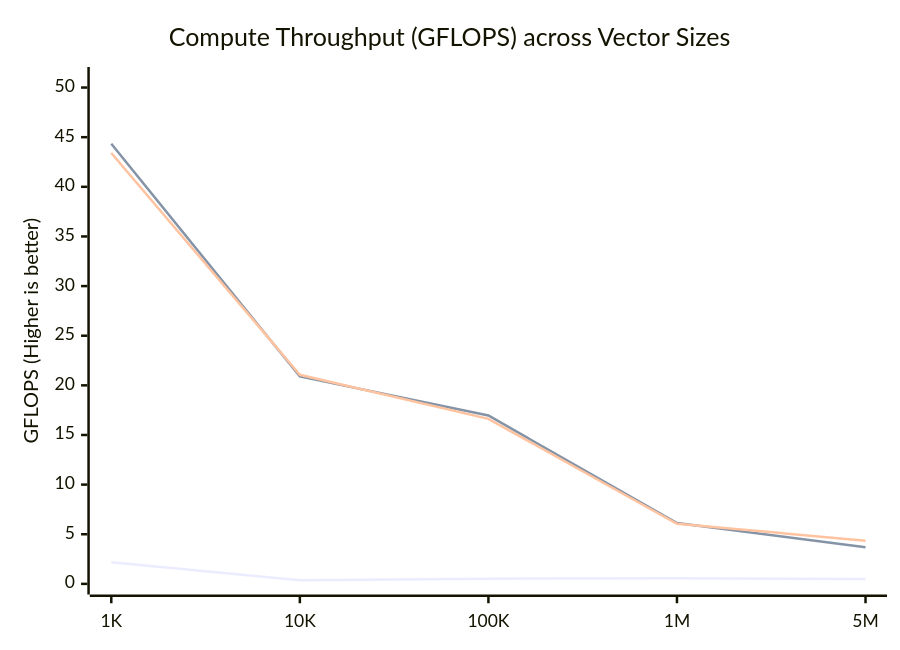
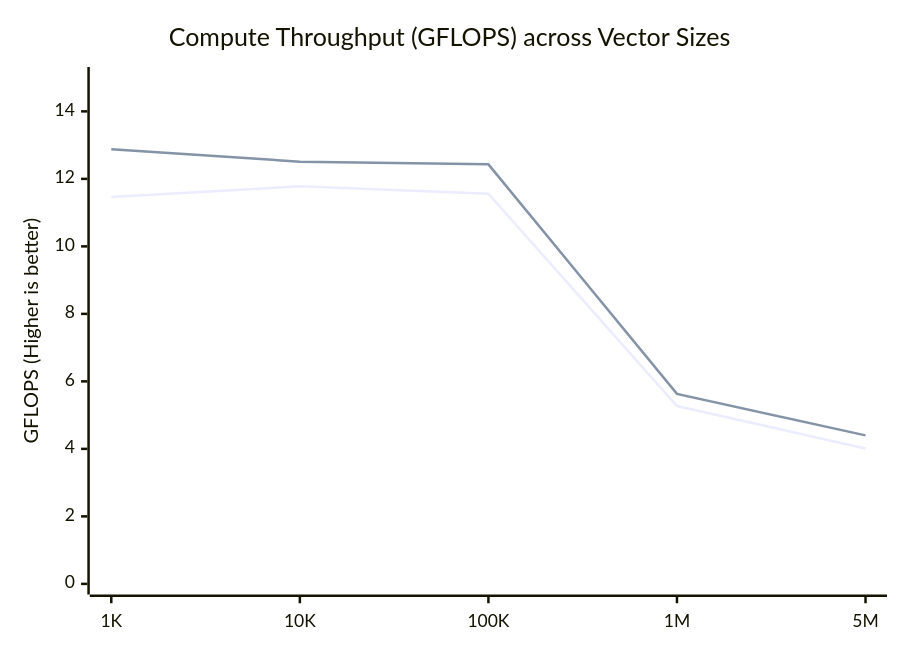
Before and after one commit to maithreyanprabhu2907-prog/Vector: the diagram in docs/benchmarks.md, drawn with Mermaid. The commit also changed other lines of this file and 4 other files, not shown here.

````diff
--- a/docs/benchmarks.md
+++ b/docs/benchmarks.md
@@ -56,9 +49,8 @@
 ```mermaid
 xychart-beta
     title "Compute Throughput (GFLOPS) across Vector Sizes"
     x-axis ["1K", "10K", "100K", "1M", "5M"]
-    y-axis "GFLOPS (Higher is better)" 0 --> 51
-    line [2.17, 0.36, 0.52, 0.57, 0.49]
-    line [44.33, 20.90, 16.96, 6.13, 3.68]
-    line [43.41, 21.06, 16.62, 6.06, 4.35]
+    y-axis "GFLOPS (Higher is better)" 0 --> 15
+    line [11.46, 11.78, 11.56, 5.27, 4.01]
+    line [12.88, 12.51, 12.43, 5.63, 4.40]
 ```
````
